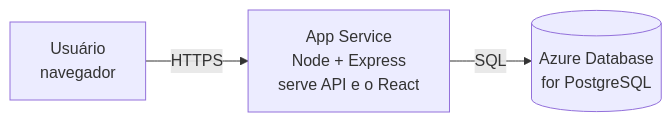
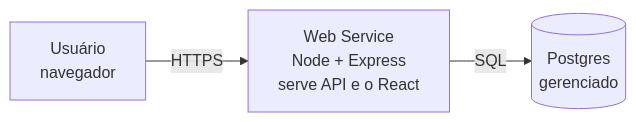
One commit to TheusSales/resolve-ai-hackathon-mvp changed the first of 3 diagrams in docs/arquitetura.md. Above: the diagram before and after it, drawn with Mermaid. The commit also changed other lines of this file and 8 other files, not shown here.

````diff
--- a/docs/arquitetura.md
+++ b/docs/arquitetura.md
@@ -12,5 +13,5 @@
 ```mermaid
 flowchart LR
-    U[Usuário<br/>navegador] -->|HTTPS| APP[App Service<br/>Node + Express<br/>serve API e o React]
-    APP -->|SQL| DB[(Azure Database<br/>for PostgreSQL)]
+    U[Usuário<br/>navegador] -->|HTTPS| APP[Web Service<br/>Node + Express<br/>serve API e o React]
+    APP -->|SQL| DB[(Postgres<br/>gerenciado)]
 ```
````
